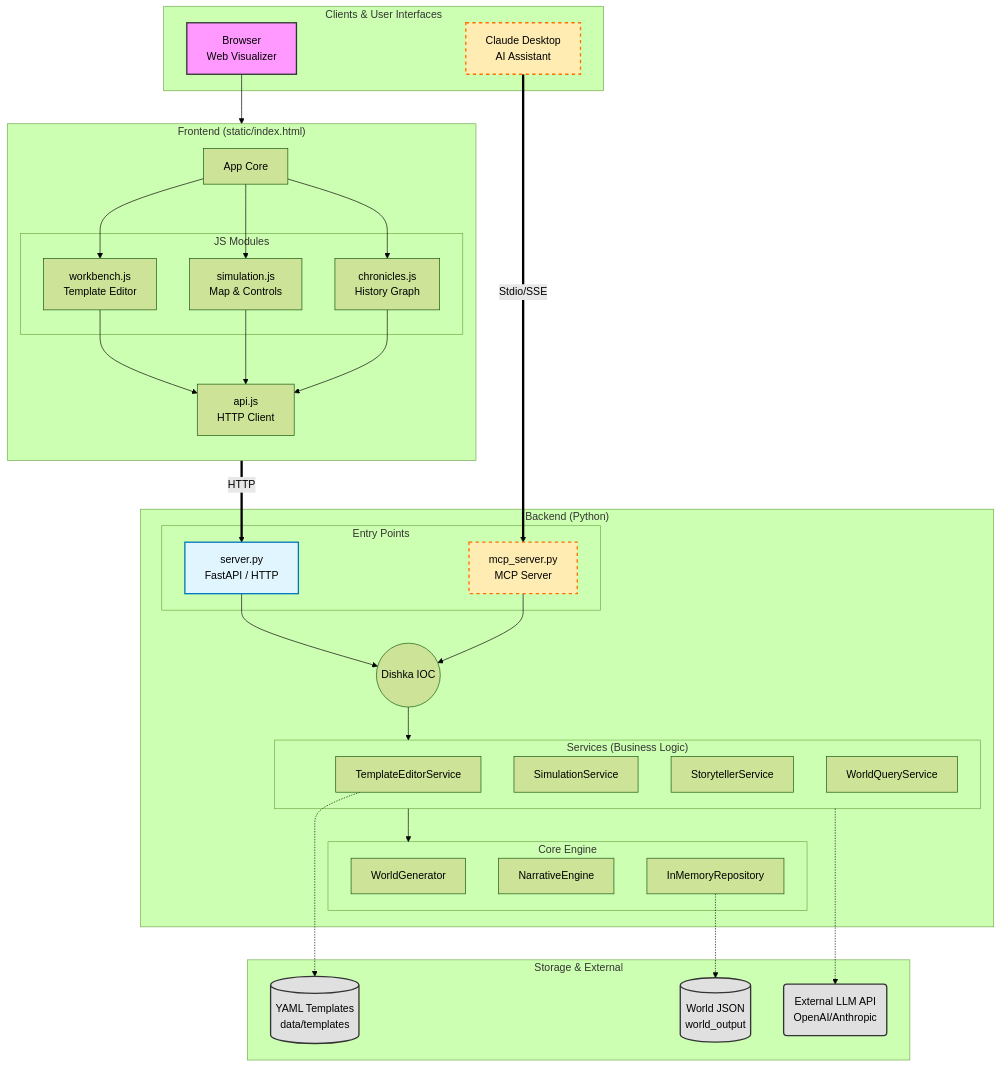
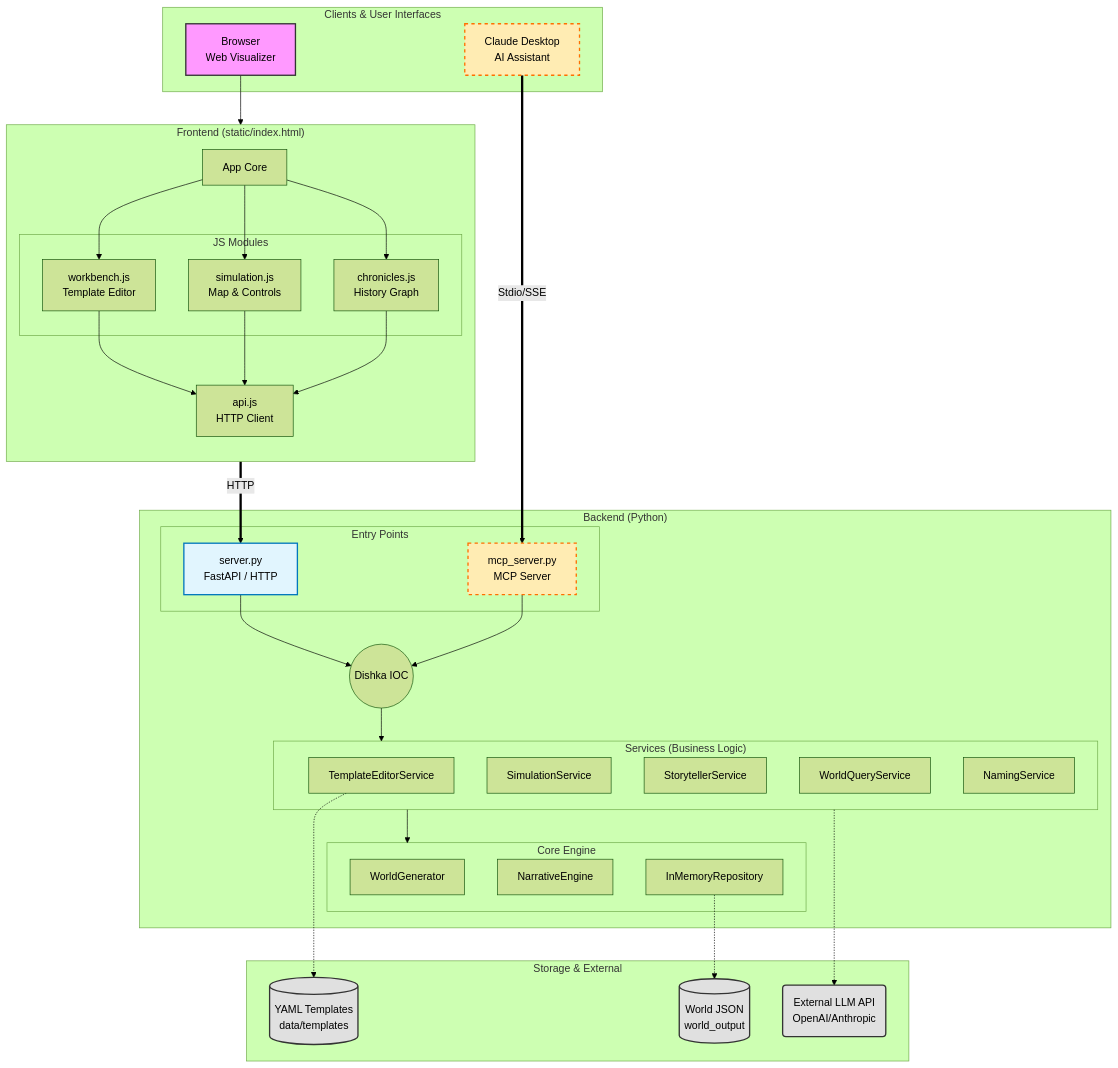
One commit to Watashicuvu/world-history-engine changed the diagram in README.md. Above: the diagram before and after it, drawn with Mermaid (forest theme).

````diff
--- a/README.md
+++ b/README.md
@@ -114,81 +114,82 @@
 ```mermaid
 graph TD
     %% --- Стилизация (Styling) ---
     classDef browser fill:#f9f,stroke:#333,stroke-width:2px;
     classDef mcp fill:#ffecb3,stroke:#ff6f00,stroke-width:2px,stroke-dasharray: 5 5;
     classDef storage fill:#e0e0e0,stroke:#333,stroke-width:2px;
     classDef core fill:#e1f5fe,stroke:#0277bd,stroke-width:2px;
 
     %% --- External Clients ---
     subgraph Clients ["Clients & User Interfaces"]
         BrowserUI[Browser<br>Web Visualizer]:::browser
         ClaudeApp[Claude Desktop<br>AI Assistant]:::mcp
     end
 
     %% --- Frontend ---
     subgraph Frontend ["Frontend (static/index.html)"]
         direction TB
         UI_Core[App Core]
         
         subgraph JS_Modules ["JS Modules"]
             WB_JS[workbench.js<br>Template Editor]
             SIM_JS[simulation.js<br>Map & Controls]
             CH_JS[chronicles.js<br>History Graph]
         end
         
         API_JS[api.js<br>HTTP Client]
         
         BrowserUI --> UI_Core
         UI_Core --> WB_JS & SIM_JS & CH_JS
         WB_JS & SIM_JS & CH_JS --> API_JS
     end
 
     %% --- Backend ---
     subgraph Backend ["Backend (Python)"]
         
         %% Entry Points
         subgraph EntryPoints ["Entry Points"]
             Server[server.py<br>FastAPI / HTTP]:::core
             MCPSrv[mcp_server.py<br>MCP Server]:::mcp
         end
 
         %% Dependency Injection
         DI((Dishka IOC))
 
         %% Service Layer
         subgraph Services ["Services (Business Logic)"]
             TES[TemplateEditorService]
             SIM_S[SimulationService]
             ST_S[StorytellerService]
             WQS[WorldQueryService]
+            NS[NamingService]
         end
         
         %% Core Logic
         subgraph CoreEngine ["Core Engine"]
             WG[WorldGenerator]
             NE[NarrativeEngine]
             Repo[InMemoryRepository]
         end
 
         %% Connections
         ClaudeApp == Stdio/SSE ==> MCPSrv
         API_JS == HTTP ==> Server
         
         Server & MCPSrv --> DI
         DI --> Services
         
         Services --> CoreEngine
     end
 
     %% --- Storage ---
     subgraph Storage ["Storage & External"]
         YAML[(YAML Templates<br>data/templates)]:::storage
         JSON[(World JSON<br>world_output)]:::storage
         LLM_API(External LLM API<br>OpenAI/Anthropic):::storage
     end
 
     %% --- Cross-Links ---
     Services -.-> LLM_API
     Repo -.-> JSON
     TES -.-> YAML
 ```
````
